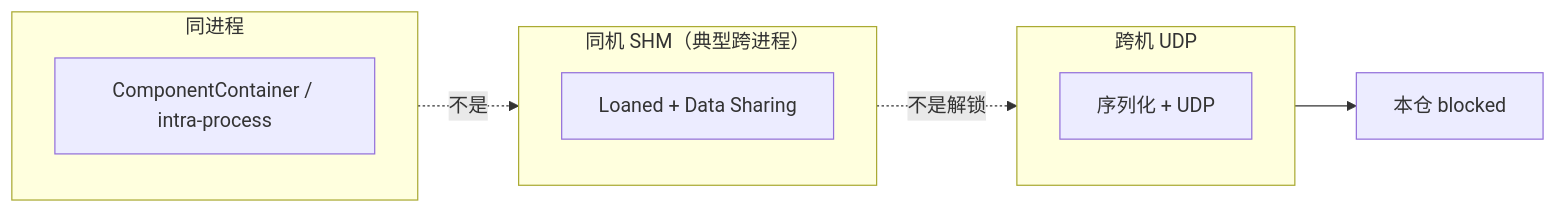
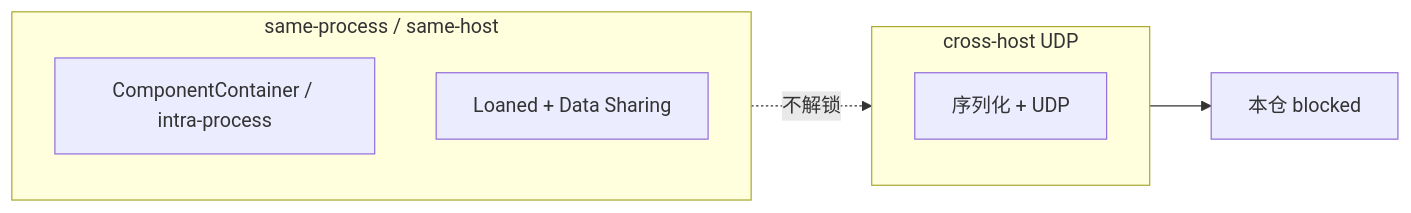
The diagram in docs/architecture/cn-jp-ros2-absorb.md (topsun-bot/ros2_hzj), drawn with Mermaid before and after one commit. The commit also changed other lines of this file, not shown here.

````diff
--- a/docs/architecture/cn-jp-ros2-absorb.md
+++ b/docs/architecture/cn-jp-ros2-absorb.md
@@ -33,15 +32,12 @@
 ```mermaid
 flowchart LR
-  subgraph sameProc["同进程"]
+  subgraph sameHost["same-process / same-host"]
     CC["ComponentContainer / intra-process"]
-  end
-  subgraph sameHost["同机 SHM（典型跨进程）"]
     DS["Loaned + Data Sharing"]
   end
-  subgraph crossHost["跨机 UDP"]
+  subgraph crossHost["cross-host UDP"]
     UDP["序列化 + UDP"]
   end
-  sameProc -.->|"不是"| sameHost
-  sameHost -.->|"不是解锁"| crossHost
+  sameHost -.->|"不解锁"| crossHost
   crossHost --> BLK["本仓 blocked"]
 ```
````
